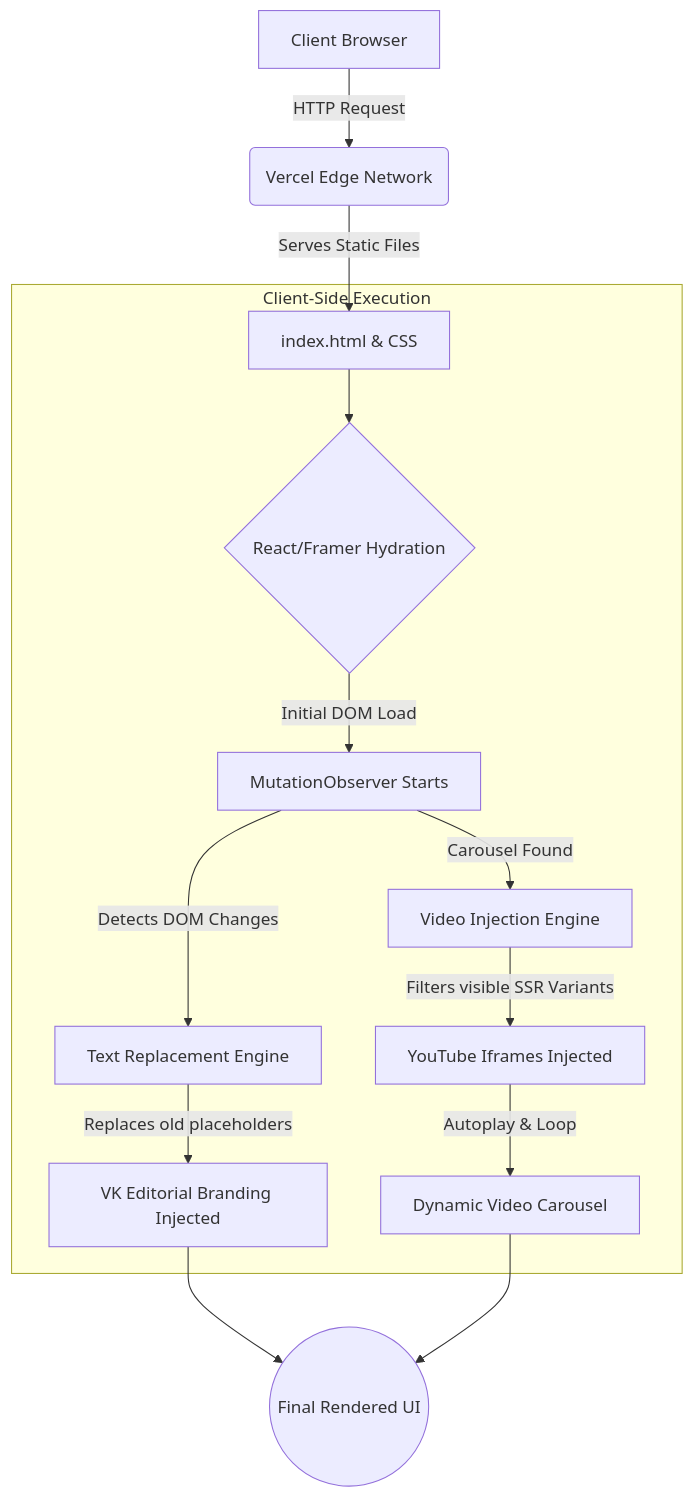
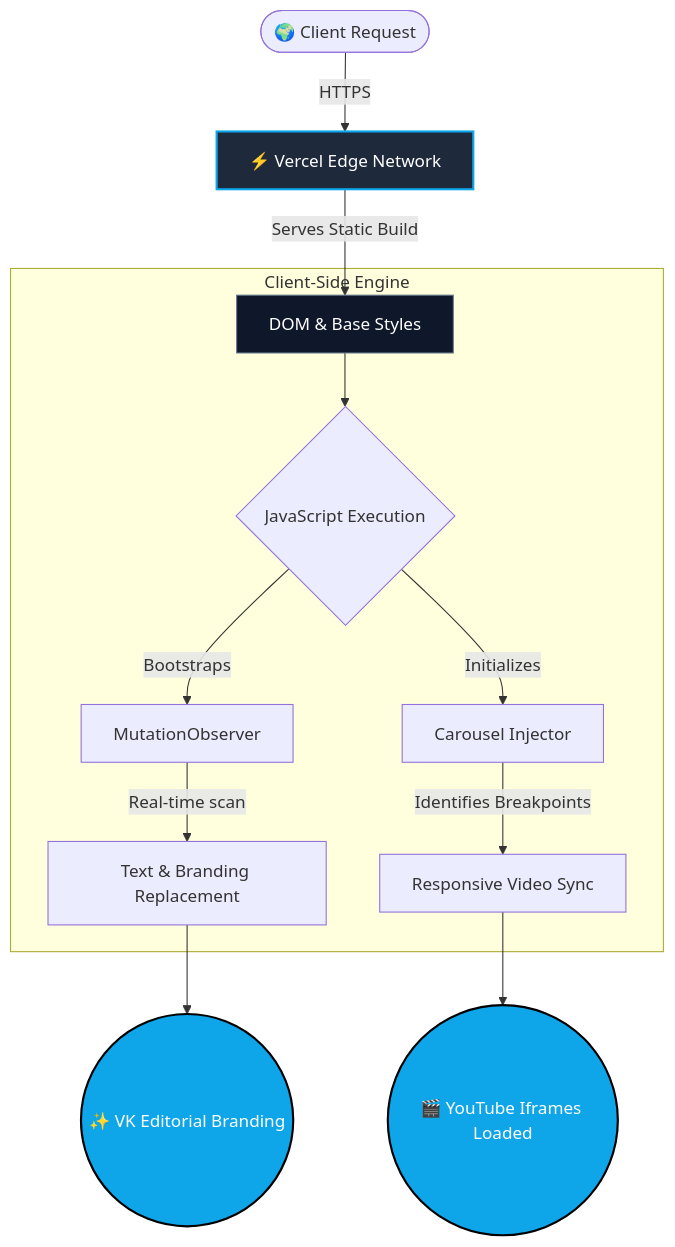
The first of 2 diagrams in README.md (vikashkumar302004/vikrant-portfolio), drawn with Mermaid before and after one commit. The commit also changed other lines of this file, not shown here.

Commit message:
Update README with premium UI, multiple diagrams, and tech stack details

````diff
--- a/README.md
+++ b/README.md
@@ -33,19 +39,21 @@
 ```mermaid
 graph TD
-    A[Client Browser] -->|HTTP Request| B(Vercel Edge Network)
-    B -->|Serves Static Files| C[index.html & CSS]
+    classDef highlight fill:#0ea5e9,stroke:#000,stroke-width:2px,color:#fff;
+    classDef server fill:#1e293b,stroke:#0ea5e9,stroke-width:2px,color:#fff;
+    classDef browser fill:#0f172a,stroke:#64748b,stroke-width:1px,color:#fff;
+
+    A([🌍 Client Request]) -->|HTTPS| B[⚡ Vercel Edge Network]:::server
+    B -->|Serves Static Build| C[DOM & Base Styles]:::browser
     
-    subgraph Client-Side Execution
-    C --> D{React/Framer Hydration}
-    D -->|Initial DOM Load| E[MutationObserver Starts]
-    E -->|Detects DOM Changes| F[Text Replacement Engine]
-    E -->|Carousel Found| G[Video Injection Engine]
-    
-    F -->|Replaces old placeholders| H[VK Editorial Branding Injected]
-    G -->|Filters visible SSR Variants| I[YouTube Iframes Injected]
-    I -->|Autoplay & Loop| J[Dynamic Video Carousel]
+    subgraph Client-Side Engine
+        C --> D{JavaScript Execution}
+        D -->|Bootstraps| E[MutationObserver]
+        D -->|Initializes| F[Carousel Injector]
+        
+        E -->|Real-time scan| G[Text & Branding Replacement]
+        F -->|Identifies Breakpoints| H[Responsive Video Sync]
     end
-    
-    H --> K((Final Rendered UI))
-    J --> K
+
+    G --> I((✨ VK Editorial Branding)):::highlight
+    H --> J((🎬 YouTube Iframes Loaded)):::highlight
 ```
````
